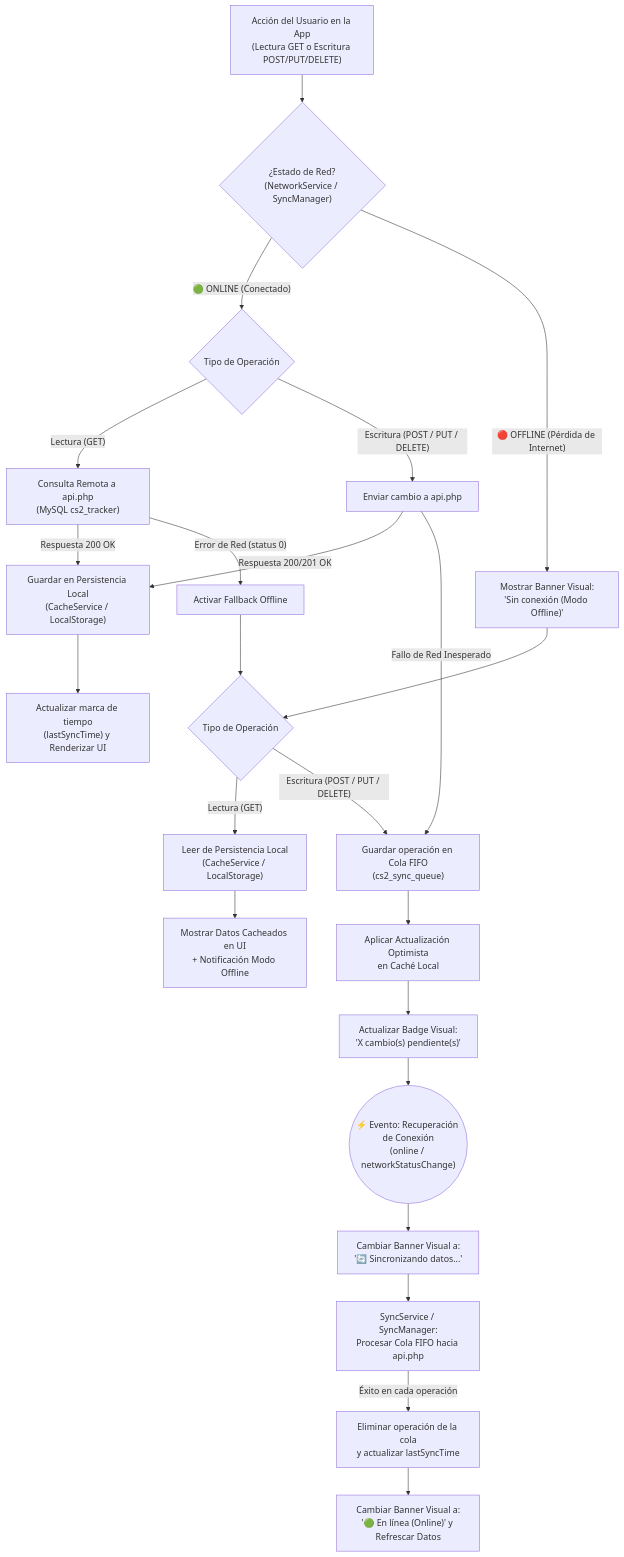
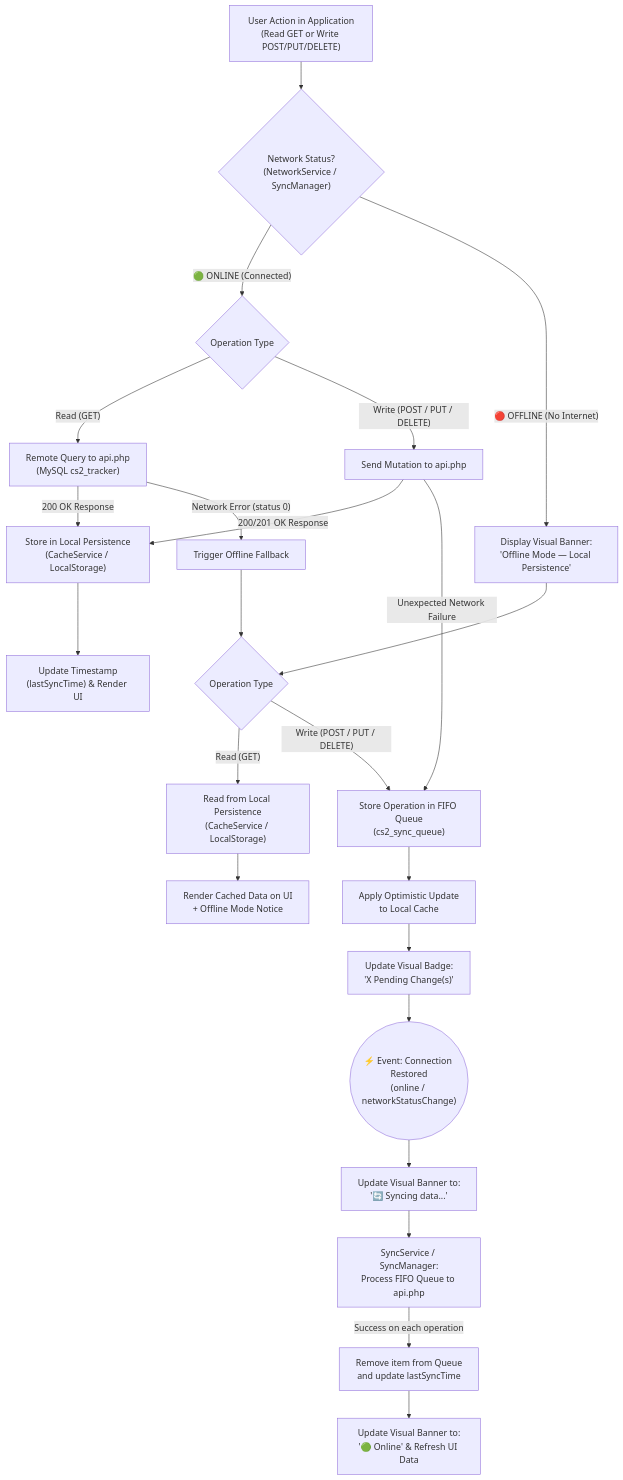
Before and after one commit to Delta21zr/API-CS2: the first of 2 diagrams in DIAGRAMA_SINCRONIZACION.md, drawn with Mermaid. The commit also changed other lines of this file, not shown here.

Commit message:
docs: translate synchronization diagrams and component map to English

````diff
--- a/DIAGRAMA_SINCRONIZACION.md
+++ b/DIAGRAMA_SINCRONIZACION.md
@@ -9,33 +9,33 @@
 ```mermaid
 flowchart TD
-    A["Acción del Usuario en la App<br/>(Lectura GET o Escritura POST/PUT/DELETE)"] --> B{"¿Estado de Red?<br/>(NetworkService / SyncManager)"}
+    A["User Action in Application<br/>(Read GET or Write POST/PUT/DELETE)"] --> B{"Network Status?<br/>(NetworkService / SyncManager)"}
 
-    %% Ruta Online
-    B -- "🟢 ONLINE (Conectado)" --> C{"Tipo de Operación"}
-    C -- "Lectura (GET)" --> D["Consulta Remota a api.php<br/>(MySQL cs2_tracker)"]
-    D -- "Respuesta 200 OK" --> E["Guardar en Persistencia Local<br/>(CacheService / LocalStorage)"]
-    E --> F["Actualizar marca de tiempo<br/>(lastSyncTime) y Renderizar UI"]
-    D -- "Error de Red (status 0)" --> G["Activar Fallback Offline"]
+    %% Online Path
+    B -- "🟢 ONLINE (Connected)" --> C{"Operation Type"}
+    C -- "Read (GET)" --> D["Remote Query to api.php<br/>(MySQL cs2_tracker)"]
+    D -- "200 OK Response" --> E["Store in Local Persistence<br/>(CacheService / LocalStorage)"]
+    E --> F["Update Timestamp<br/>(lastSyncTime) & Render UI"]
+    D -- "Network Error (status 0)" --> G["Trigger Offline Fallback"]
 
-    C -- "Escritura (POST / PUT / DELETE)" --> H["Enviar cambio a api.php"]
-    H -- "Respuesta 200/201 OK" --> E
-    H -- "Fallo de Red Inesperado" --> I["Encolar en Cola de Sincronización"]
+    C -- "Write (POST / PUT / DELETE)" --> H["Send Mutation to api.php"]
+    H -- "200/201 OK Response" --> E
+    H -- "Unexpected Network Failure" --> I["Enqueue in Sync Queue"]
 
-    %% Ruta Offline
-    B -- "🔴 OFFLINE (Pérdida de Internet)" --> J["Mostrar Banner Visual:<br/>'Sin conexión (Modo Offline)'"]
-    J --> K{"Tipo de Operación"}
+    %% Offline Path
+    B -- "🔴 OFFLINE (No Internet)" --> J["Display Visual Banner:<br/>'Offline Mode — Local Persistence'"]
+    J --> K{"Operation Type"}
     G --> K
-    K -- "Lectura (GET)" --> L["Leer de Persistencia Local<br/>(CacheService / LocalStorage)"]
-    L --> M["Mostrar Datos Cacheados en UI<br/>+ Notificación Modo Offline"]
+    K -- "Read (GET)" --> L["Read from Local Persistence<br/>(CacheService / LocalStorage)"]
+    L --> M["Render Cached Data on UI<br/>+ Offline Mode Notice"]
 
-    K -- "Escritura (POST / PUT / DELETE)" --> I
-    I["Guardar operación en Cola FIFO<br/>(cs2_sync_queue)"] --> N["Aplicar Actualización Optimista<br/>en Caché Local"]
-    N --> O["Actualizar Badge Visual:<br/>'X cambio(s) pendiente(s)'"]
+    K -- "Write (POST / PUT / DELETE)" --> I
+    I["Store Operation in FIFO Queue<br/>(cs2_sync_queue)"] --> N["Apply Optimistic Update<br/>to Local Cache"]
+    N --> O["Update Visual Badge:<br/>'X Pending Change(s)'"]
 
-    %% Recuperación de Conexión
-    O --> P(("⚡ Evento: Recuperación de Conexión<br/>(online / networkStatusChange)"))
-    P --> Q["Cambiar Banner Visual a:<br/>'🔄 Sincronizando datos...'"]
-    Q --> R["SyncService / SyncManager:<br/>Procesar Cola FIFO hacia api.php"]
-    R -- "Éxito en cada operación" --> S["Eliminar operación de la cola<br/>y actualizar lastSyncTime"]
-    S --> T["Cambiar Banner Visual a:<br/>'🟢 En línea (Online)' y Refrescar Datos"]
+    %% Connection Recovery
+    O --> P(("⚡ Event: Connection Restored<br/>(online / networkStatusChange)"))
+    P --> Q["Update Visual Banner to:<br/>'🔄 Syncing data...'"]
+    Q --> R["SyncService / SyncManager:<br/>Process FIFO Queue to api.php"]
+    R -- "Success on each operation" --> S["Remove item from Queue<br/>and update lastSyncTime"]
+    S --> T["Update Visual Banner to:<br/>'🟢 Online' & Refresh UI Data"]
 ```
````
